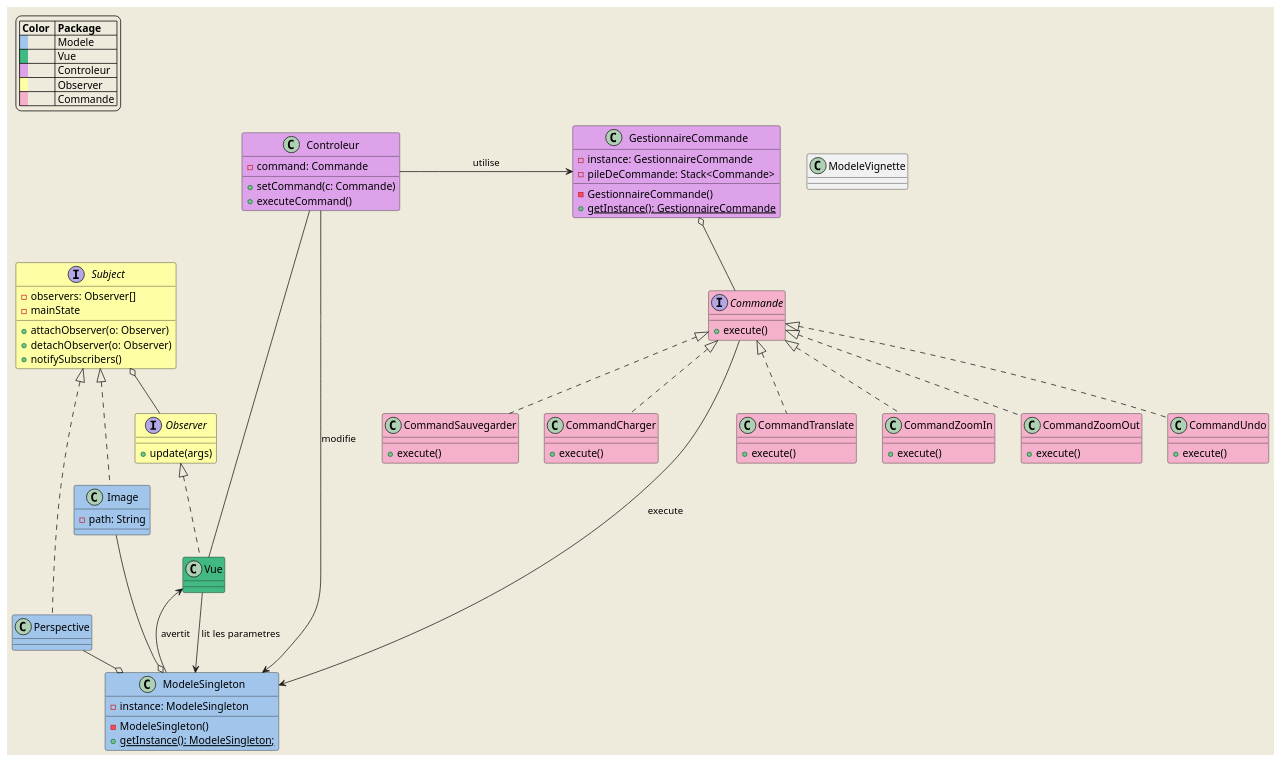
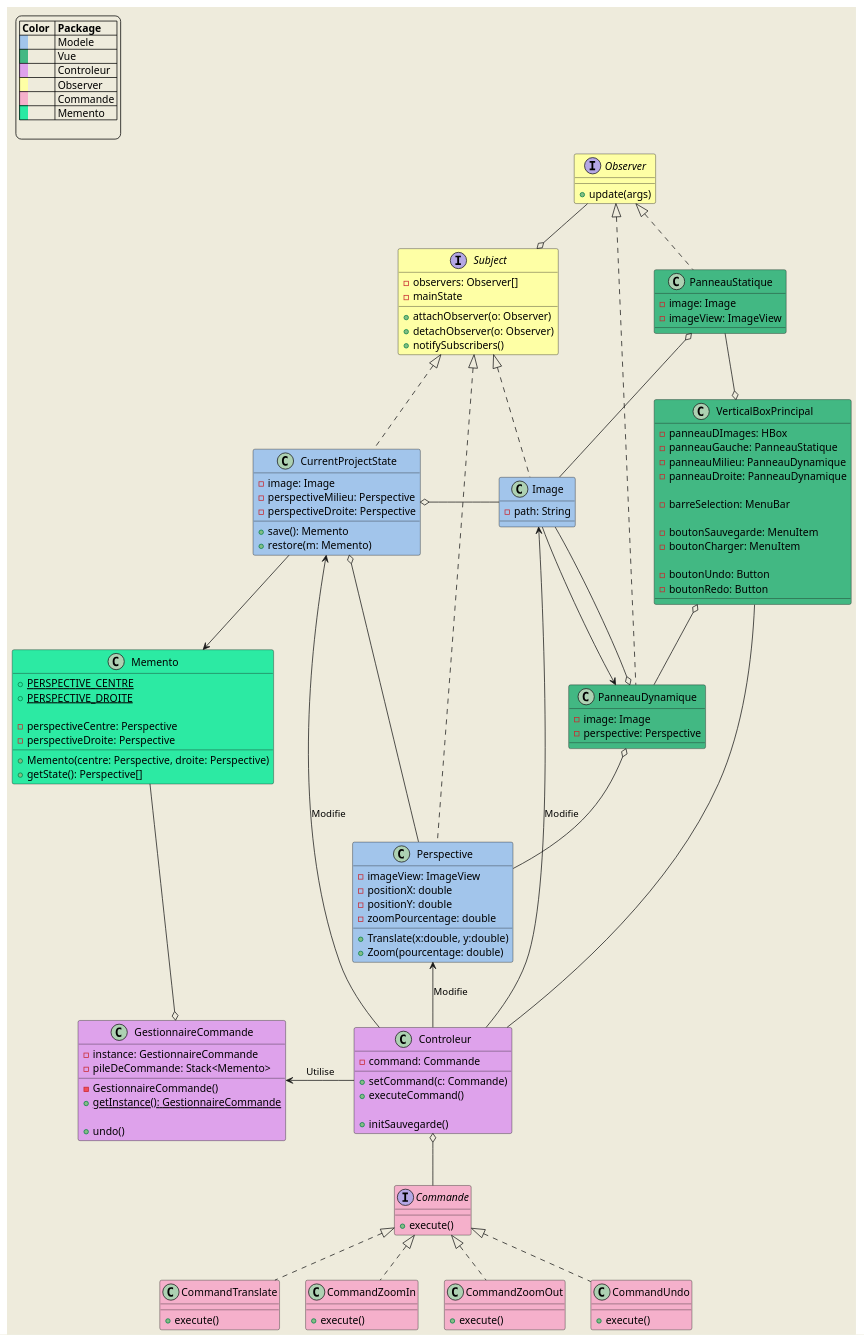
Before and after one commit to VelaSam/PerspectivePro: the diagram in out/production/Log121PerspectivePro/diagrammes/diagramme_de_classe_global.puml, drawn with PlantUML. The commit also changed 1 other file, not shown here.

Commit message:
Uml ajustement pour méthode sans maj

```diff
--- a/out/production/Log121PerspectivePro/diagrammes/diagramme_de_classe_global.puml
+++ b/out/production/Log121PerspectivePro/diagrammes/diagramme_de_classe_global.puml
@@ -10,6 +10,8 @@
  |<back:#dea2eb>   </back>| Controleur |
  |<back:#FEFFA5>   </back>| Observer |
  |<back:#F5B0CB>   </back>| Commande |
+ |<back:#2CEAA3>   </back>| Memento |
+
  endlegend
 
 
@@ -56,14 +58,7 @@
     class CommandUndo #F5B0CB implements Commande{
         +execute()
     }
-    
-    class CommandSauvegarder #F5B0CB implements Commande{
-        +execute()
-    }
 
-    class CommandCharger #F5B0CB implements Commande{
-        +execute()
-    }
     
     '-----------COMMAND--------------'
 
@@ -73,28 +68,61 @@
 
     class GestionnaireCommande #dea2eb{
         -instance: GestionnaireCommande
-        -pileDeCommande: Stack<Commande>
+        -pileDeCommande: Stack<Memento>
         
 
         -GestionnaireCommande()
         + {static} getInstance(): GestionnaireCommande
-
+        
+        +undo()
 
     } 
     '-----------SINGLETON--------------'
 
+    '-----------MEMENTO--------------'
 
-    class ModeleSingleton #a2c5eb {
-        -instance: ModeleSingleton
+    'Originator = CurrentProjectState'
+    'Caretaker = GestionnaireDeCommande'
 
-        -ModeleSingleton()
-        + {static} getInstance(): ModeleSingleton;
+
+    class Memento #2CEAA3{
+
+        {static}+PERSPECTIVE_CENTRE
+        {static}+PERSPECTIVE_DROITE
+
+        -perspectiveCentre: Perspective
+        -perspectiveDroite: Perspective
+
+        +Memento(centre: Perspective, droite: Perspective)
+        +getState(): Perspective[]
+    }
+
+    
+    '-----------MEMENTO--------------'
+
+
+
+    class CurrentProjectState #a2c5eb implements Subject {
+
+        -image: Image
+        -perspectiveMilieu: Perspective
+        -perspectiveDroite: Perspective
+        
+        +save(): Memento
+        +restore(m: Memento)
     }
 
 
-    class ModeleVignette{}
+    class Perspective #a2c5eb implements Subject{
+        
+        -imageView: ImageView
+        -positionX: double
+        -positionY: double
+        -zoomPourcentage: double
 
-    class Perspective #a2c5eb implements Subject{
+
+        +Translate(x:double, y:double)
+        +Zoom(pourcentage: double)
 
     }
 
@@ -106,34 +134,80 @@
     class Controleur #dea2eb{
 
         -command: Commande
-
         +setCommand(c: Commande)
         +executeCommand()
+
+        +initSauvegarde()
+    }
+
+
+    class VerticalBoxPrincipal #42b883 {
+
+        -panneauDImages: HBox
+        -panneauGauche: PanneauStatique
+        -panneauMilieu: PanneauDynamique
+        -panneauDroite: PanneauDynamique
+
+        -barreSelection: MenuBar
+
+        -boutonSauvegarde: MenuItem
+        -boutonCharger: MenuItem
+
+        -boutonUndo: Button
+        -boutonRedo: Button
 
     }
 
 
-    Controleur -> GestionnaireCommande : utilise
+    class PanneauStatique #42b883 implements Observer{
 
+        -image: Image
+        -imageView: ImageView
+    }
 
-    GestionnaireCommande o-- Commande
+    class PanneauDynamique #42b883 implements Observer{
 
-    class Vue #42b883 implements Observer {}
+        -image: Image
+        -perspective: Perspective
 
 
 
 
-    Subject o-- Observer
+    }
 
-    ModeleSingleton o-l- Perspective
-    ModeleSingleton o-l- Image
+   
 
-    ModeleSingleton <-- Controleur: modifie
-    Vue -up- Controleur
+   Observer -o Subject
+   Controleur -l-> GestionnaireCommande : Utilise
+   CurrentProjectState <-- Controleur : Modifie
+   Perspective <-- Controleur : Modifie
+   Image <- Controleur : Modifie
+   Controleur o-- Commande
 
-    Vue <-- ModeleSingleton: avertit
-    Vue --> ModeleSingleton: lit les parametres
+   VerticalBoxPrincipal o-- PanneauDynamique
+   VerticalBoxPrincipal o-up- PanneauStatique
 
-    Commande ----> ModeleSingleton : execute
+   CurrentProjectState o- Perspective
+   CurrentProjectState o- Image
+
+   VerticalBoxPrincipal -- Controleur
+
+   Memento ---o GestionnaireCommande
+   CurrentProjectState --> Memento
+
+   
+   PanneauDynamique o-- Image
+   Image --> PanneauDynamique
+   
+   PanneauDynamique o-- Perspective
+
+   PanneauStatique o- Image
+   
+
+
+
+
+
+
 
 @enduml
```
